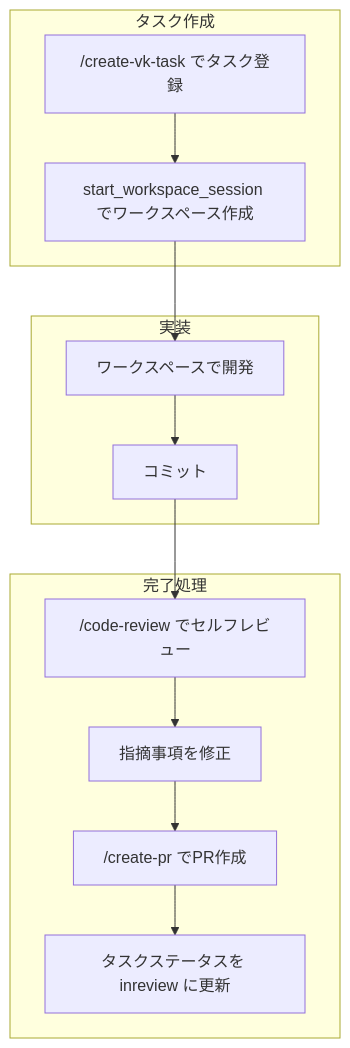
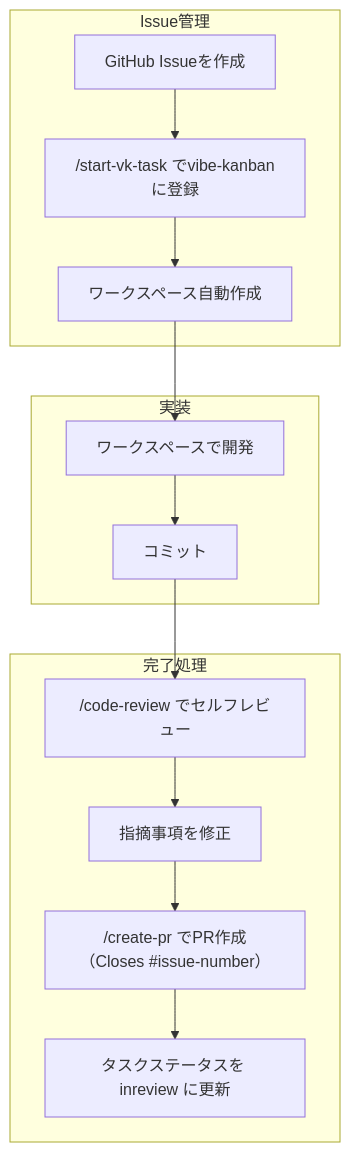
Before and after one commit to hiroto-aibara/claude-code-skill-example: the third of 3 diagrams in README.md, drawn with Mermaid. The commit also changed other lines of this file and 7 other files, not shown here.

First line of the commit message:
refactor(skills): GitHub Issue-based workflow に変更

````diff
--- a/README.md
+++ b/README.md
@@ -170,25 +118,26 @@
 ```mermaid
 flowchart TD
-    subgraph TaskCreation["タスク作成"]
-        A["/create-vk-task でタスク登録"]
-        B["start_workspace_session でワークスペース作成"]
-        A --> B
+    subgraph IssueManagement["Issue管理"]
+        A["GitHub Issueを作成"]
+        B["/start-vk-task でvibe-kanbanに登録"]
+        C["ワークスペース自動作成"]
+        A --> B --> C
     end
 
     subgraph Implementation["実装"]
-        C["ワークスペースで開発"]
-        D["コミット"]
-        C --> D
+        D["ワークスペースで開発"]
+        E["コミット"]
+        D --> E
     end
 
     subgraph Completion["完了処理"]
-        E["/code-review でセルフレビュー"]
-        F["指摘事項を修正"]
-        G["/create-pr でPR作成"]
-        H["タスクステータスを inreview に更新"]
-        E --> F --> G --> H
+        F["/code-review でセルフレビュー"]
+        G["指摘事項を修正"]
+        H["/create-pr でPR作成（Closes #issue-number）"]
+        I["タスクステータスを inreview に更新"]
+        F --> G --> H --> I
     end
 
-    B --> C
-    D --> E
+    C --> D
+    E --> F
 ```
````
